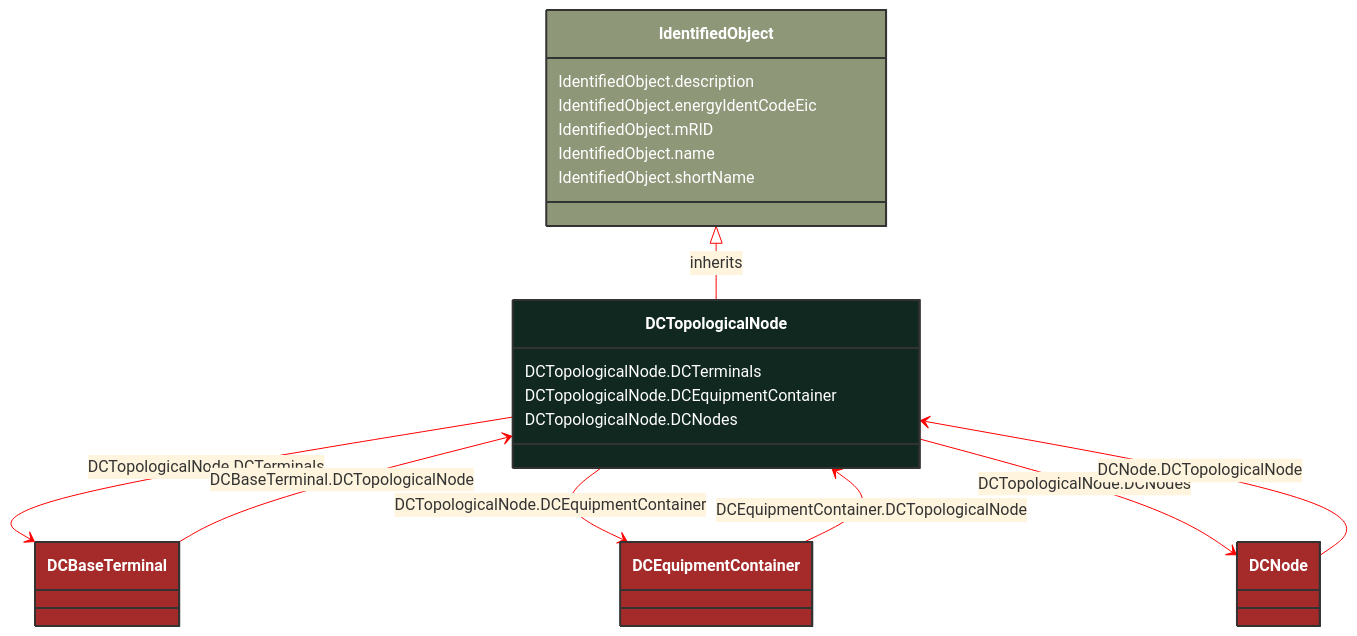
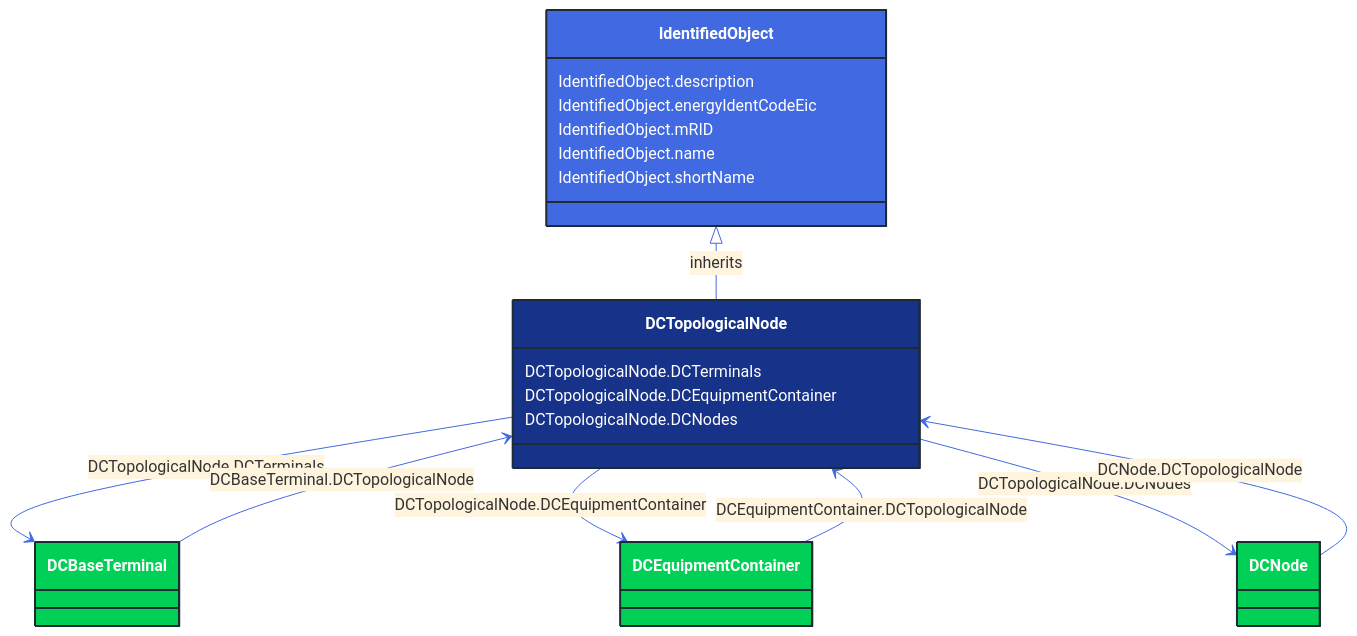
The diagram in docs/Models/Profiles/Topology/ConcreteClasses/DCTopologicalNode.md (3lbits/NoCIMExtensions), drawn with Mermaid before and after one commit. The commit also changed 362 other files, not shown here.

First line of the commit message:
Update diagrams and styles for improved visual consistency

````diff
--- a/docs/Models/Profiles/Topology/ConcreteClasses/DCTopologicalNode.md
+++ b/docs/Models/Profiles/Topology/ConcreteClasses/DCTopologicalNode.md
@@ -8,55 +8,55 @@
 ```mermaid
-%%{init: {'theme':'base','themeVariables': {'lineColor': '#FF0000'}}}%%
+%%{init: {'theme':'base','themeVariables': {'lineColor': '#4169E1'}}}%%
 classDiagram
     class DCTopologicalNode
     click DCTopologicalNode href "/Models/Profiles/Topology/ConcreteClasses/DCTopologicalNode/"
-    style DCTopologicalNode fill:#102820,stroke:#333,stroke-width:2px,rx:10,ry:10,color:white
+    style DCTopologicalNode fill:#163289,stroke:#1F2A37,stroke-width:2px,rx:10,ry:10,color:white
      
         IdentifiedObject <|-- DCTopologicalNode : inherits
             click IdentifiedObject href "/Models/Profiles/Topology/AbstractClasses/IdentifiedObject/"
-            style IdentifiedObject fill:#8F9779,stroke:#333,stroke-width:2px,rx:10,ry:10,color:white
+            style IdentifiedObject fill:#4169E1,stroke:#1F2A37,stroke-width:2px,rx:10,ry:10,color:white
 
         DCTopologicalNode --> DCBaseTerminal : DCTopologicalNode.DCTerminals
 
         DCBaseTerminal
             click DCBaseTerminal href "/Models/Profiles/Topology/AbstractClasses/DCBaseTerminal/"
-            style DCBaseTerminal fill:#A52A2A,stroke:#333,stroke-width:2px,rx:10,ry:10,color:white
+            style DCBaseTerminal fill:#00D156,stroke:#1F2A37,stroke-width:2px,rx:10,ry:10,color:white
         DCTopologicalNode --> DCEquipmentContainer : DCTopologicalNode.DCEquipmentContainer
 
         DCEquipmentContainer
             click DCEquipmentContainer href "/Models/Profiles/Topology/AbstractClasses/DCEquipmentContainer/"
-            style DCEquipmentContainer fill:#A52A2A,stroke:#333,stroke-width:2px,rx:10,ry:10,color:white
+            style DCEquipmentContainer fill:#00D156,stroke:#1F2A37,stroke-width:2px,rx:10,ry:10,color:white
         DCTopologicalNode --> DCNode : DCTopologicalNode.DCNodes
 
         DCNode
             click DCNode href "/Models/Profiles/Topology/ConcreteClasses/DCNode/"
-            style DCNode fill:#A52A2A,stroke:#333,stroke-width:2px,rx:10,ry:10,color:white
+            style DCNode fill:#00D156,stroke:#1F2A37,stroke-width:2px,rx:10,ry:10,color:white
 
         DCBaseTerminal --> DCTopologicalNode : DCBaseTerminal.DCTopologicalNode
 
         DCBaseTerminal
             click DCBaseTerminal href "/Models/Profiles/Topology/AbstractClasses/DCBaseTerminal/"
-            style DCBaseTerminal fill:#A52A2A,stroke:#333,stroke-width:2px,rx:10,ry:10,color:white
+            style DCBaseTerminal fill:#00D156,stroke:#1F2A37,stroke-width:2px,rx:10,ry:10,color:white
 
         DCEquipmentContainer --> DCTopologicalNode : DCEquipmentContainer.DCTopologicalNode
 
         DCEquipmentContainer
             click DCEquipmentContainer href "/Models/Profiles/Topology/AbstractClasses/DCEquipmentContainer/"
-            style DCEquipmentContainer fill:#A52A2A,stroke:#333,stroke-width:2px,rx:10,ry:10,color:white
+            style DCEquipmentContainer fill:#00D156,stroke:#1F2A37,stroke-width:2px,rx:10,ry:10,color:white
 
         DCNode --> DCTopologicalNode : DCNode.DCTopologicalNode
 
         DCNode
             click DCNode href "/Models/Profiles/Topology/ConcreteClasses/DCNode/"
-            style DCNode fill:#A52A2A,stroke:#333,stroke-width:2px,rx:10,ry:10,color:white
+            style DCNode fill:#00D156,stroke:#1F2A37,stroke-width:2px,rx:10,ry:10,color:white
 
 
         DCTopologicalNode : DCTopologicalNode.DCTerminals
         DCTopologicalNode : DCTopologicalNode.DCEquipmentContainer
         DCTopologicalNode : DCTopologicalNode.DCNodes
         IdentifiedObject : IdentifiedObject.description
         IdentifiedObject : IdentifiedObject.energyIdentCodeEic
         IdentifiedObject : IdentifiedObject.mRID
         IdentifiedObject : IdentifiedObject.name
         IdentifiedObject : IdentifiedObject.shortName
 ```
````
